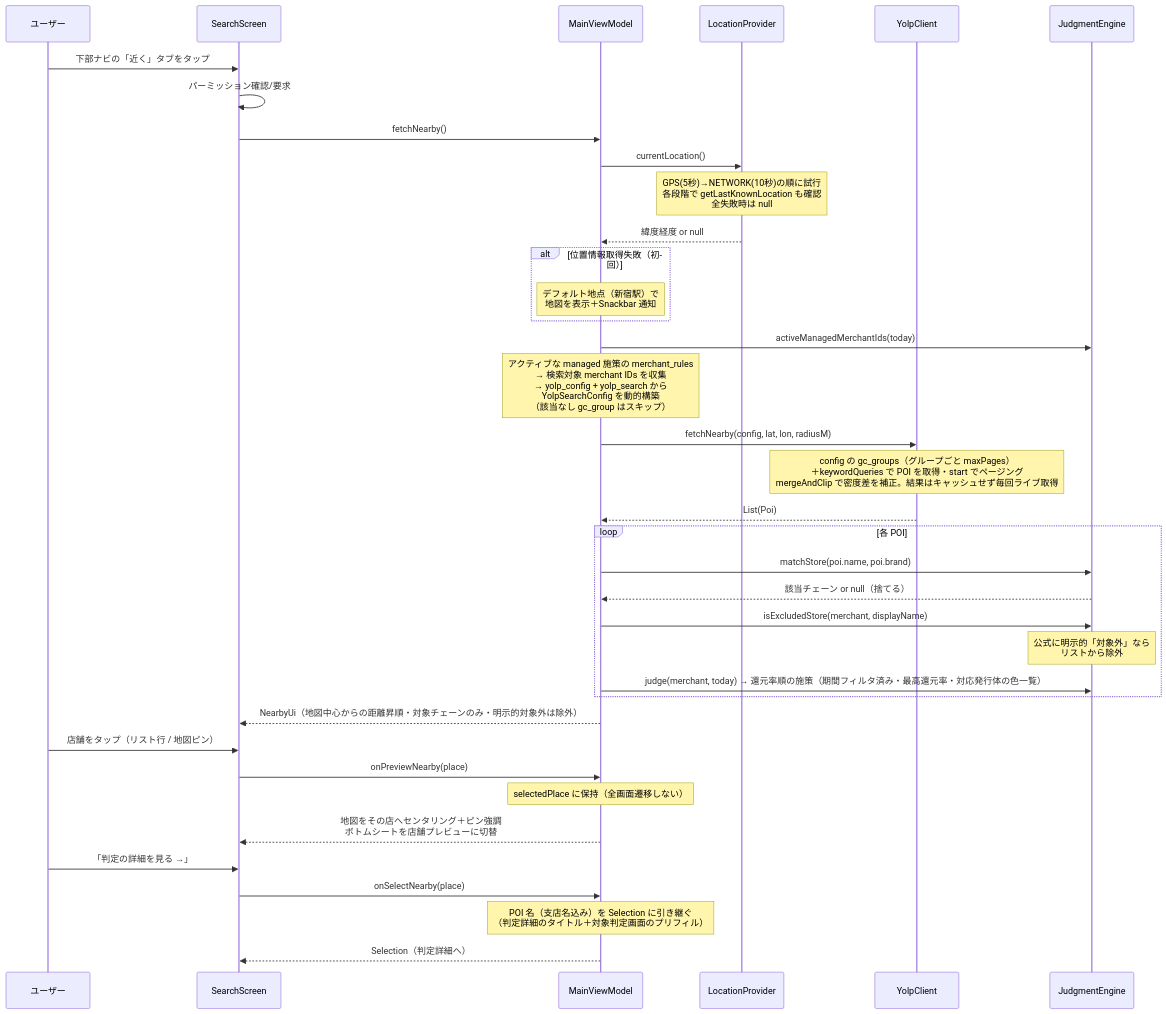
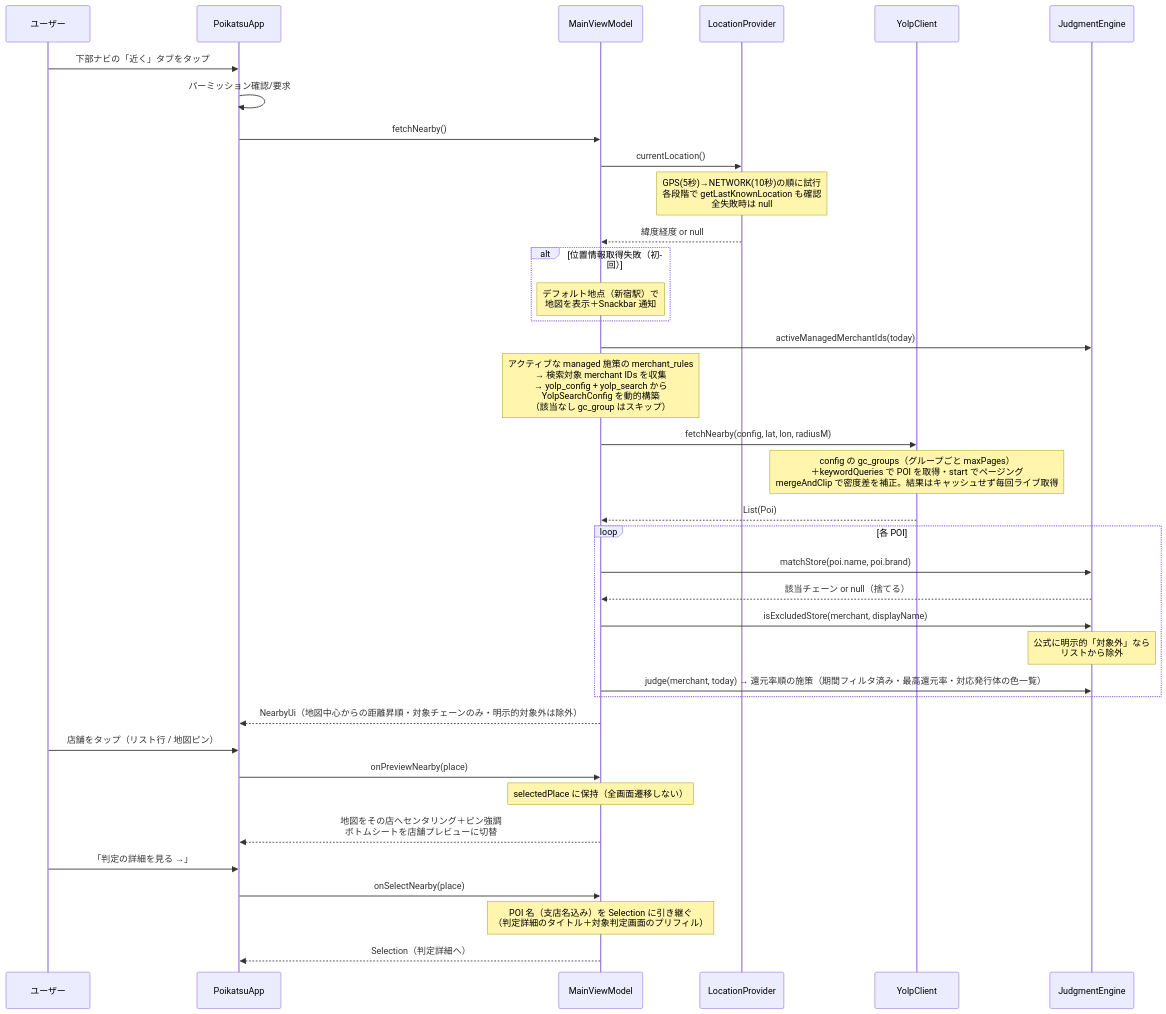
The sixth of 6 diagrams in docs/code-guide.md (ktakjm/poikatsu), drawn with Mermaid before and after one commit. The commit also changed other lines of this file and 6 other files, not shown here.

First line of the commit message:
refactor: split SearchScreen.kt into PoikatsuApp, Settings, Campaign, Judgment, UiHelpers

````diff
--- a/docs/code-guide.md
+++ b/docs/code-guide.md
@@ -413,40 +461,40 @@
 ```mermaid
 sequenceDiagram
     participant U as ユーザー
-    participant SC as SearchScreen
+    participant SC as PoikatsuApp
     participant VM as MainViewModel
     participant LP as LocationProvider
     participant YC as YolpClient
     participant JE as JudgmentEngine
 
     U->>SC: 下部ナビの「近く」タブをタップ
     SC->>SC: パーミッション確認/要求
     SC->>VM: fetchNearby()
     VM->>LP: currentLocation()
     Note over LP: GPS(5秒)→NETWORK(10秒)の順に試行<br/>各段階で getLastKnownLocation も確認<br/>全失敗時は null
     LP-->>VM: 緯度経度 or null
     alt 位置情報取得失敗（初回）
         Note over VM: デフォルト地点（新宿駅）で<br/>地図を表示＋Snackbar 通知
     end
     VM->>JE: activeManagedMerchantIds(today)
     Note over VM: アクティブな managed 施策の merchant_rules<br/>→ 検索対象 merchant IDs を収集<br/>→ yolp_config + yolp_search から<br/>YolpSearchConfig を動的構築<br/>（該当なし gc_group はスキップ）
     VM->>YC: fetchNearby(config, lat, lon, radiusM)
     Note over YC: config の gc_groups（グループごと maxPages）<br/>＋keywordQueries で POI を取得・start でページング<br/>mergeAndClip で密度差を補正。結果はキャッシュせず毎回ライブ取得
     YC-->>VM: List(Poi)
     loop 各 POI
         VM->>JE: matchStore(poi.name, poi.brand)
         JE-->>VM: 該当チェーン or null（捨てる）
         VM->>JE: isExcludedStore(merchant, displayName)
         Note over JE: 公式に明示的「対象外」なら<br/>リストから除外
         VM->>JE: judge(merchant, today) → 還元率順の施策（期間フィルタ済み・最高還元率・対応発行体の色一覧）
     end
     VM-->>SC: NearbyUi（地図中心からの距離昇順・対象チェーンのみ・明示的対象外は除外）
     U->>SC: 店舗をタップ（リスト行 / 地図ピン）
     SC->>VM: onPreviewNearby(place)
     Note over VM: selectedPlace に保持（全画面遷移しない）
     VM-->>SC: 地図をその店へセンタリング＋ピン強調<br/>ボトムシートを店舗プレビューに切替
     U->>SC: 「判定の詳細を見る →」
     SC->>VM: onSelectNearby(place)
     Note over VM: POI 名（支店名込み）を Selection に引き継ぐ<br/>（判定詳細のタイトル＋対象判定画面のプリフィル）
     VM-->>SC: Selection（判定詳細へ）
 ```
````
